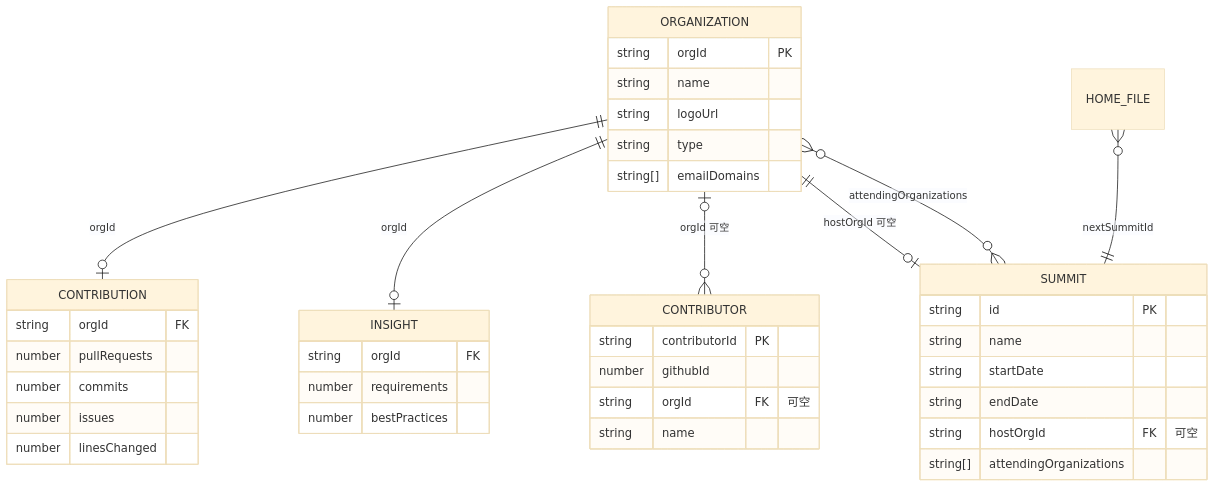
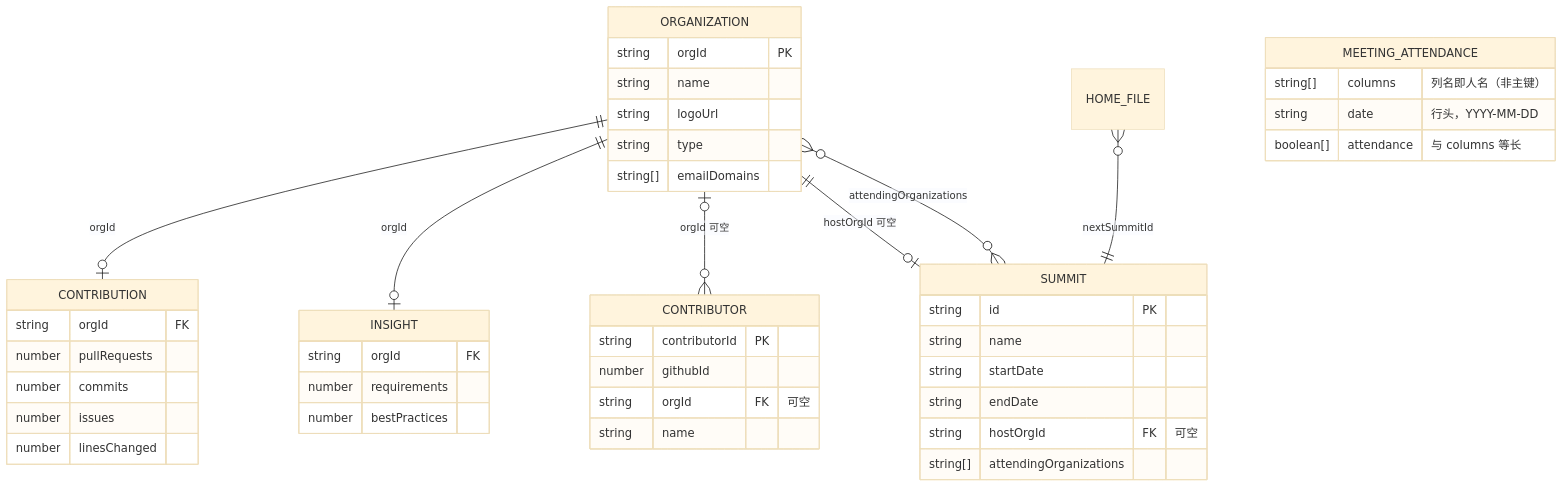
Before and after one commit to XunliYang/openan-operation-insights: the diagram in docs/04-data-and-api-contract.md, drawn with Mermaid (base theme). The commit also changed other lines of this file and 46 other files, not shown here.

````diff
--- a/docs/04-data-and-api-contract.md
+++ b/docs/04-data-and-api-contract.md
@@ -39,43 +40,48 @@
 ```mermaid
 erDiagram
   ORGANIZATION ||--o| CONTRIBUTION : "orgId"
   ORGANIZATION ||--o| INSIGHT : "orgId"
   ORGANIZATION |o--o{ CONTRIBUTOR : "orgId 可空"
   ORGANIZATION ||--o| SUMMIT : "hostOrgId 可空"
   ORGANIZATION }o--o{ SUMMIT : "attendingOrganizations"
   HOME_FILE }o--|| SUMMIT : "nextSummitId"
 
   ORGANIZATION {
     string orgId PK
     string name
     string logoUrl
     string type
     string[] emailDomains
   }
   CONTRIBUTION {
     string orgId FK
     number pullRequests
     number commits
     number issues
     number linesChanged
   }
   INSIGHT {
     string orgId FK
     number requirements
     number bestPractices
   }
   CONTRIBUTOR {
     string contributorId PK
     number githubId
     string orgId FK "可空"
     string name
   }
   SUMMIT {
     string id PK
     string name
     string startDate
     string endDate
     string hostOrgId FK "可空"
     string[] attendingOrganizations
   }
+  MEETING_ATTENDANCE {
+    string[] columns "列名即人名（非主键）"
+    string date "行头，YYYY-MM-DD"
+    boolean[] attendance "与 columns 等长"
+  }
 ```
````
